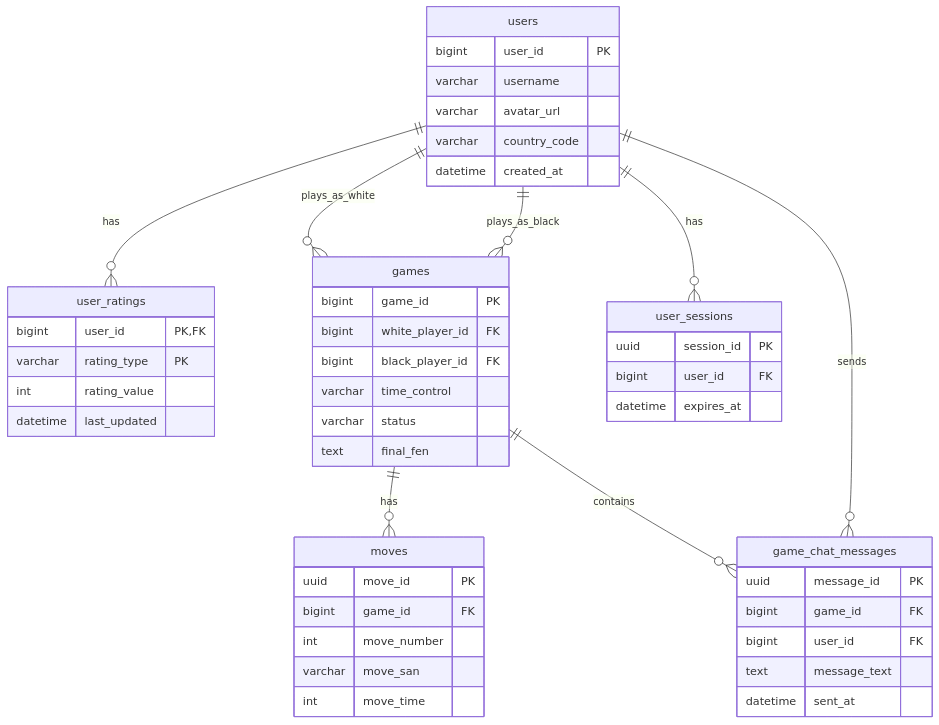
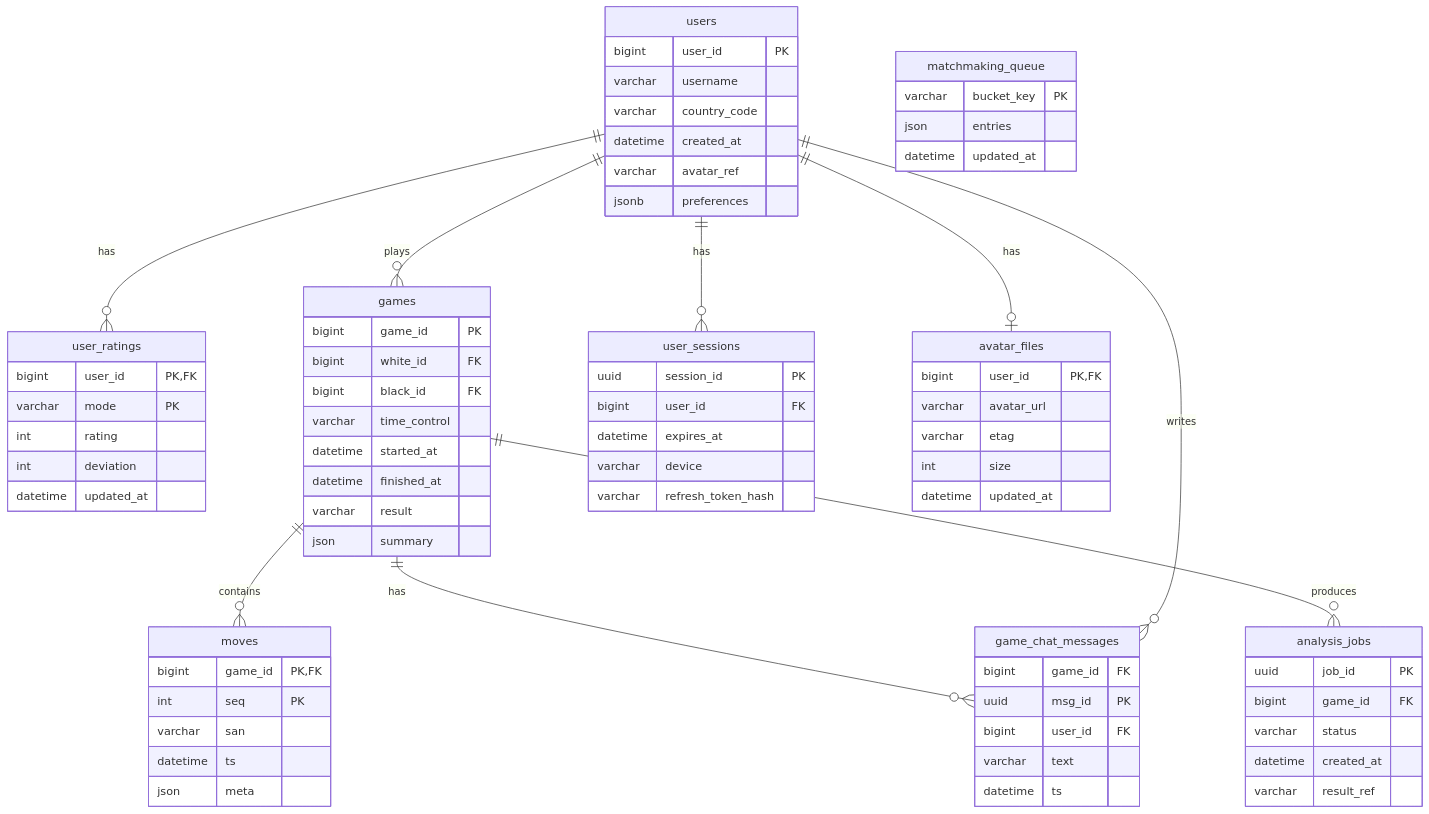
Before and after one commit to Xeonoff/HighloadChessCom_VKTP: the third of 4 diagrams in README.md, drawn with Mermaid. The commit also changed other lines of this file, not shown here.

````diff
--- a/README.md
+++ b/README.md
@@ -212,51 +330,77 @@
 ```mermaid
 erDiagram
     users {
         bigint user_id PK
         varchar username
-        varchar avatar_url
         varchar country_code
         datetime created_at
+        varchar avatar_ref
+        jsonb preferences
     }
     user_ratings {
         bigint user_id PK, FK
-        varchar rating_type PK
-        int rating_value
-        datetime last_updated
+        varchar mode PK
+        int rating
+        int deviation
+        datetime updated_at
     }
     games {
         bigint game_id PK
-        bigint white_player_id FK
-        bigint black_player_id FK
+        bigint white_id FK
+        bigint black_id FK
         varchar time_control
-        varchar status
-        text final_fen
+        datetime started_at
+        datetime finished_at
+        varchar result
+        json summary
     }
     moves {
-        uuid move_id PK
-        bigint game_id FK
-        int move_number
-        varchar move_san
-        int move_time
+        bigint game_id PK, FK
+        int seq PK
+        varchar san
+        datetime ts
+        json meta
     }
     game_chat_messages {
-        uuid message_id PK
         bigint game_id FK
+        uuid msg_id PK
         bigint user_id FK
-        text message_text
-        datetime sent_at
+        varchar text
+        datetime ts
     }
     user_sessions {
         uuid session_id PK
         bigint user_id FK
         datetime expires_at
+        varchar device
+        varchar refresh_token_hash
+    }
+    matchmaking_queue {
+        varchar bucket_key PK
+        json entries
+        datetime updated_at
+    }
+    avatar_files {
+        bigint user_id PK, FK
+        varchar avatar_url
+        varchar etag
+        int size
+        datetime updated_at
+    }
+    analysis_jobs {
+        uuid job_id PK
+        bigint game_id FK
+        varchar status
+        datetime created_at
+        varchar result_ref
     }
 
     users ||--o{ user_ratings : has
-    users ||--o{ games : plays_as_white
-    users ||--o{ games : plays_as_black
-    games ||--o{ moves : has
-    games ||--o{ game_chat_messages : contains
-    users ||--o{ game_chat_messages : sends
+    users ||--o{ games : plays
+    games ||--o{ moves : contains
+    games ||--o{ game_chat_messages : has
+    users ||--o{ game_chat_messages : writes
     users ||--o{ user_sessions : has
+    users ||--o| avatar_files : has
+    games ||--o{ analysis_jobs : produces
 ```
````
